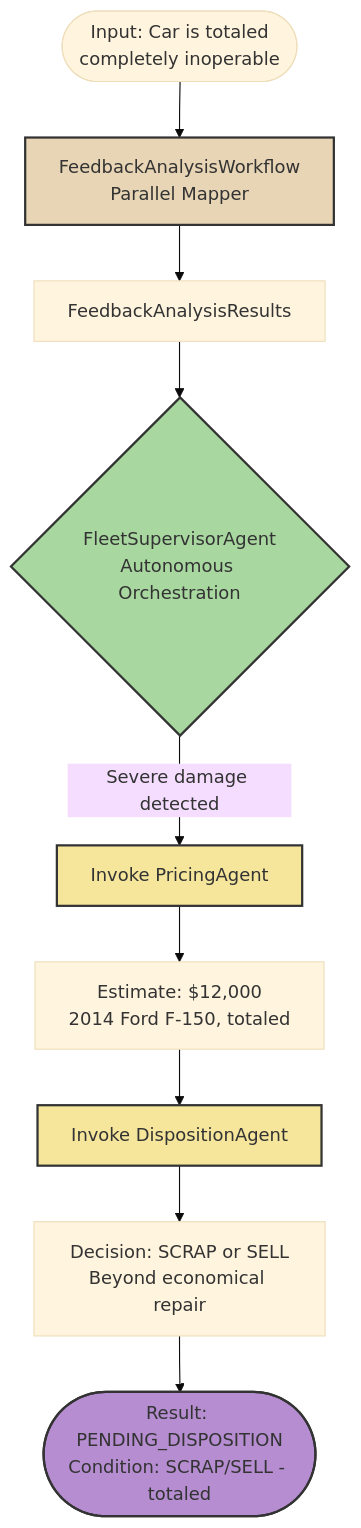
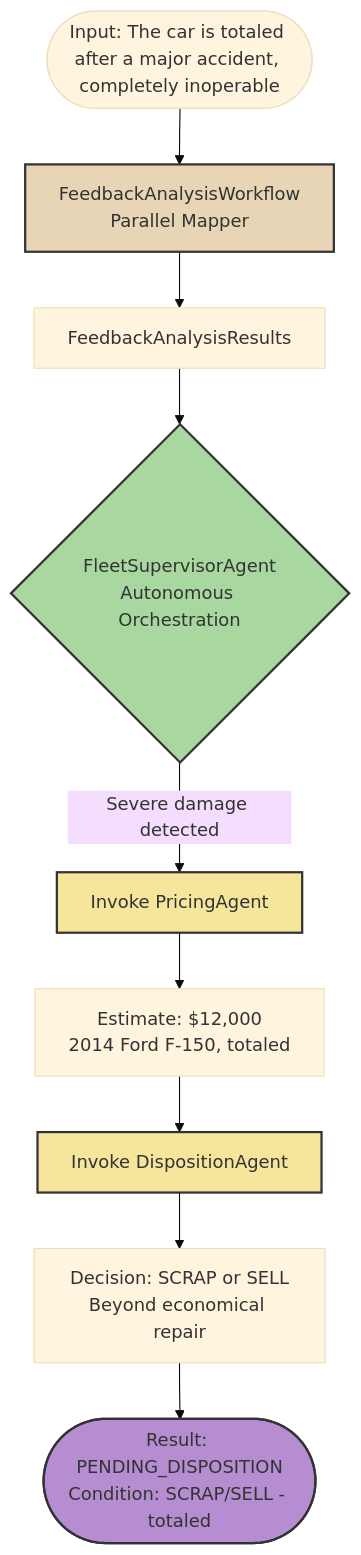
Before and after one commit to quarkusio/quarkus-workshop-langchain4j: the third of 5 diagrams in docs/docs/section-2/step-04.md, drawn with Mermaid (base theme). The commit also changed other lines of this file, not shown here.

````diff
--- a/docs/docs/section-2/step-04.md
+++ b/docs/docs/section-2/step-04.md
@@ -502,20 +507,20 @@
 ```mermaid
 flowchart TD
-    Start(["Input: Car is totaled<br/>completely inoperable"])
+    Start(["Input: The car is totaled after a major accident, completely inoperable"])
 
     Start --> FW["FeedbackAnalysisWorkflow<br/>Parallel Mapper"]
     FW --> Results["FeedbackAnalysisResults"]
     Results --> FSA{"FleetSupervisorAgent<br/>Autonomous Orchestration"}
 
     FSA -->|"Severe damage detected"| PA["Invoke PricingAgent"]
     PA --> PV["Estimate: $12,000<br/>2014 Ford F-150, totaled"]
     PV --> DA["Invoke DispositionAgent"]
     DA --> DD["Decision: SCRAP or SELL<br/>Beyond economical repair"]
     DD --> Result(["Result: PENDING_DISPOSITION<br/>Condition: SCRAP/SELL - totaled"])
 
     style FW fill:#e8d5b5,stroke:#333,stroke-width:2,color:#333
     style FSA fill:#a8d8a0,stroke:#333,stroke-width:2,color:#333
     style PA fill:#f5e69c,stroke:#333,stroke-width:2,color:#333
     style DA fill:#f5e69c,stroke:#333,stroke-width:2,color:#333
     style Result fill:#b58dd0,stroke:#333,stroke-width:2,color:#333
 ```
````
